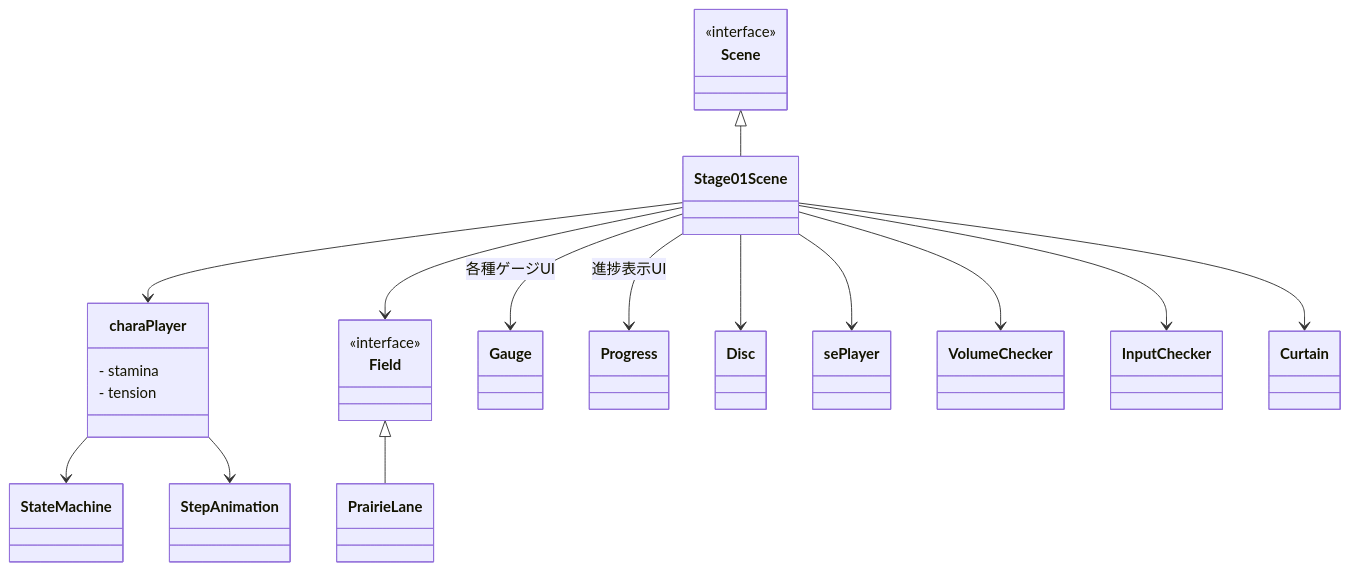
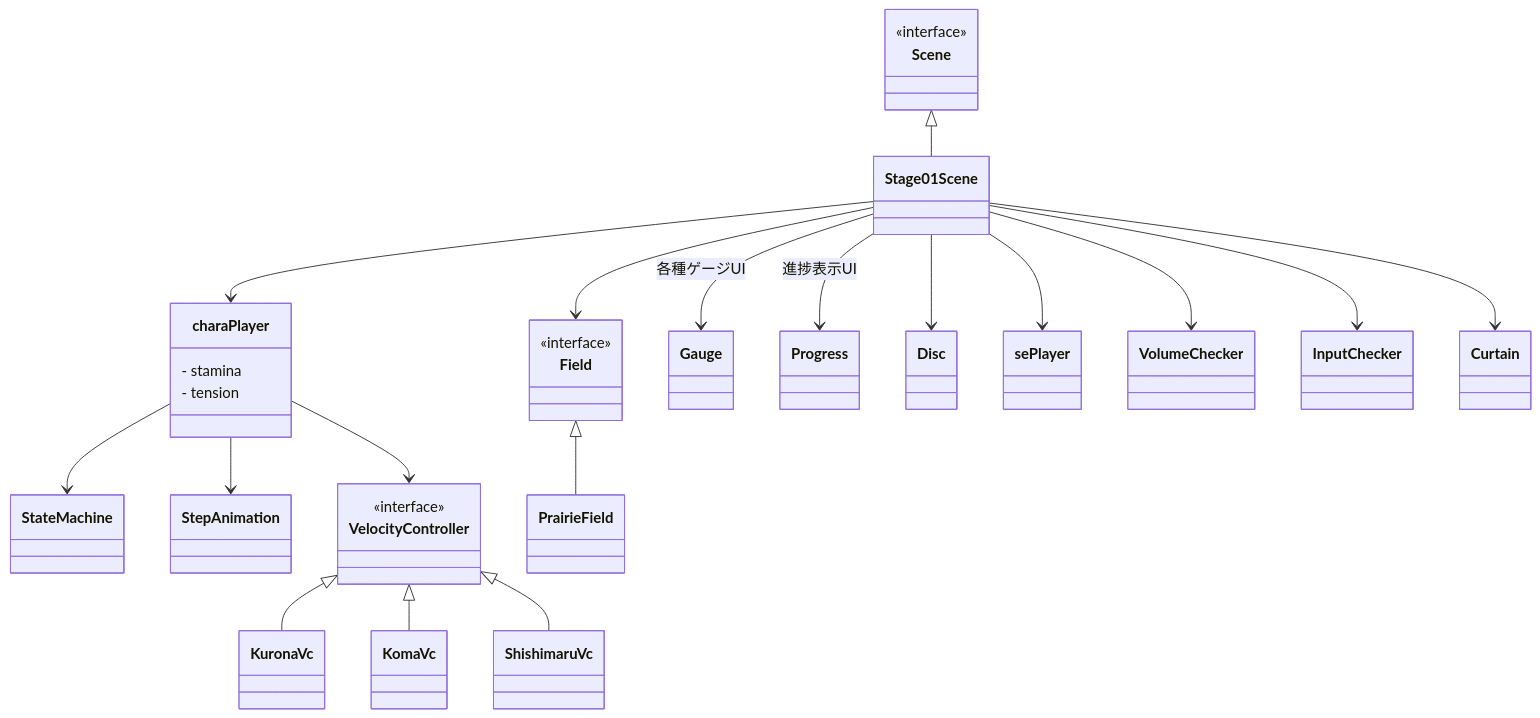
Before and after one commit to kemokemo/kuronan-dash: the seventh of 10 diagrams in documents/design/README.md, drawn with Mermaid. The commit also changed other lines of this file and 28 other files, not shown here.

````diff
--- a/documents/design/README.md
+++ b/documents/design/README.md
@@ -213,31 +216,40 @@
 ```mermaid
 classDiagram
   class Scene {
     <<interface>>
   }
 
   class Field {
     <<interface>>
   }
 
   class charaPlayer {
     - stamina
     - tension
   }
 
+  class VelocityController {
+    <<interface>>
+  }
+
   Scene <|-- Stage01Scene
-  Field <|-- PrairieLane
+  Field <|-- PrairieField
 
   Stage01Scene --> charaPlayer
   Stage01Scene --> Field
   Stage01Scene --> Gauge: 各種ゲージUI
   Stage01Scene --> Progress: 進捗表示UI
   Stage01Scene --> Disc
   Stage01Scene --> sePlayer
   Stage01Scene --> VolumeChecker
   Stage01Scene --> InputChecker
   Stage01Scene --> Curtain
 
   charaPlayer --> StateMachine
   charaPlayer --> StepAnimation
+  charaPlayer --> VelocityController
+
+  VelocityController <|-- KuronaVc
+  VelocityController <|-- KomaVc
+  VelocityController <|-- ShishimaruVc
 ```
````
